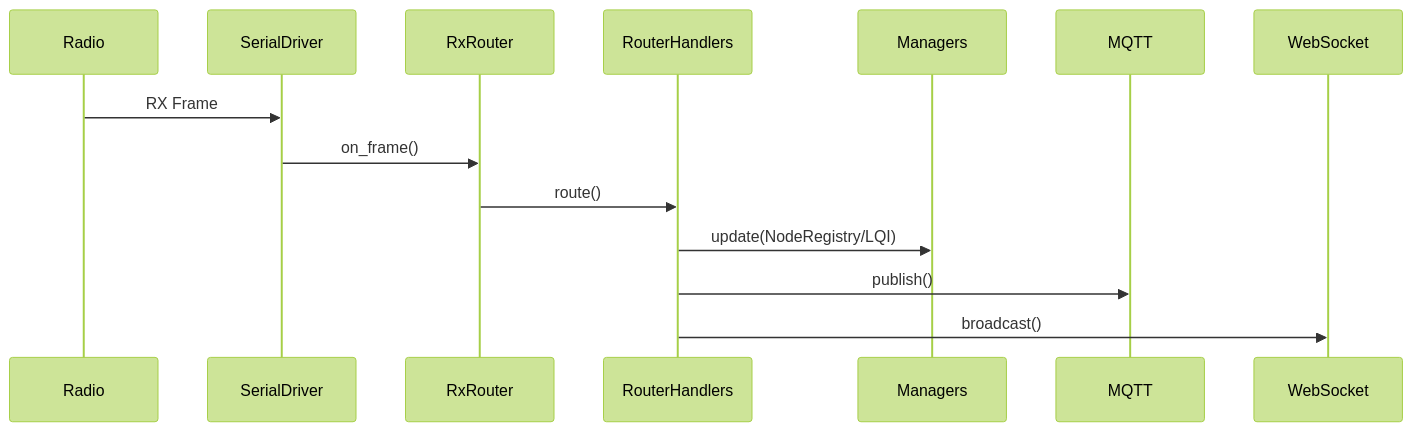
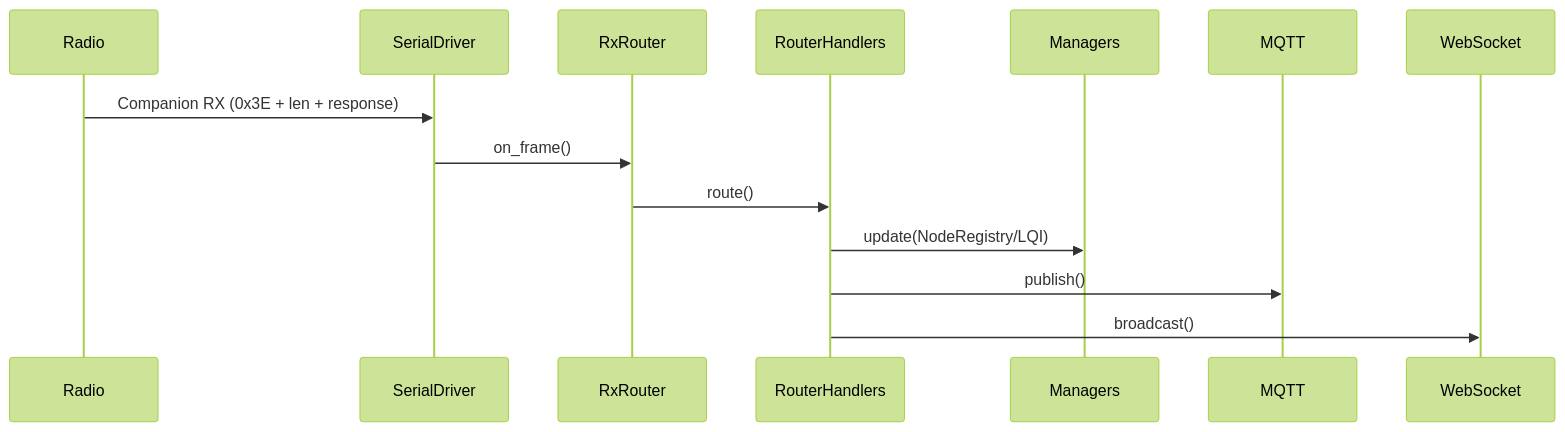
One commit to cyber89/meshcore-bridge-client changed the fourth of 6 diagrams in docs/ARCHITECTURE.md. Above: the diagram before and after it, drawn with Mermaid (forest theme). The commit also changed other lines of this file, not shown here.

Commit message:
architecture: model official Companion and on-air protocol boundaries

````diff
--- a/docs/ARCHITECTURE.md
+++ b/docs/ARCHITECTURE.md
@@ -192,17 +205,17 @@
 ```mermaid
 sequenceDiagram
     participant Radio
     participant SerialDriver
     participant RxRouter
     participant RouterHandlers
     participant Managers
     participant MQTT
     participant WebSocket
 
-    Radio->>SerialDriver: RX Frame
+    Radio->>SerialDriver: Companion RX (0x3E + len + response)
     SerialDriver->>RxRouter: on_frame()
     RxRouter->>RouterHandlers: route()
     RouterHandlers->>Managers: update(NodeRegistry/LQI)
     RouterHandlers->>MQTT: publish()
     RouterHandlers->>WebSocket: broadcast()
 ```
````
